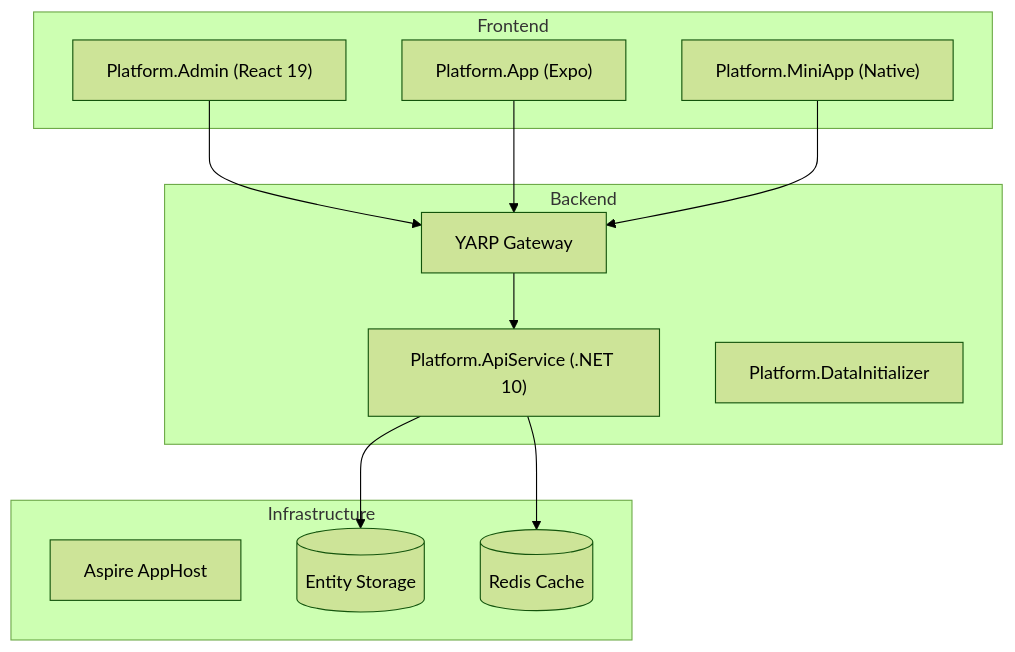
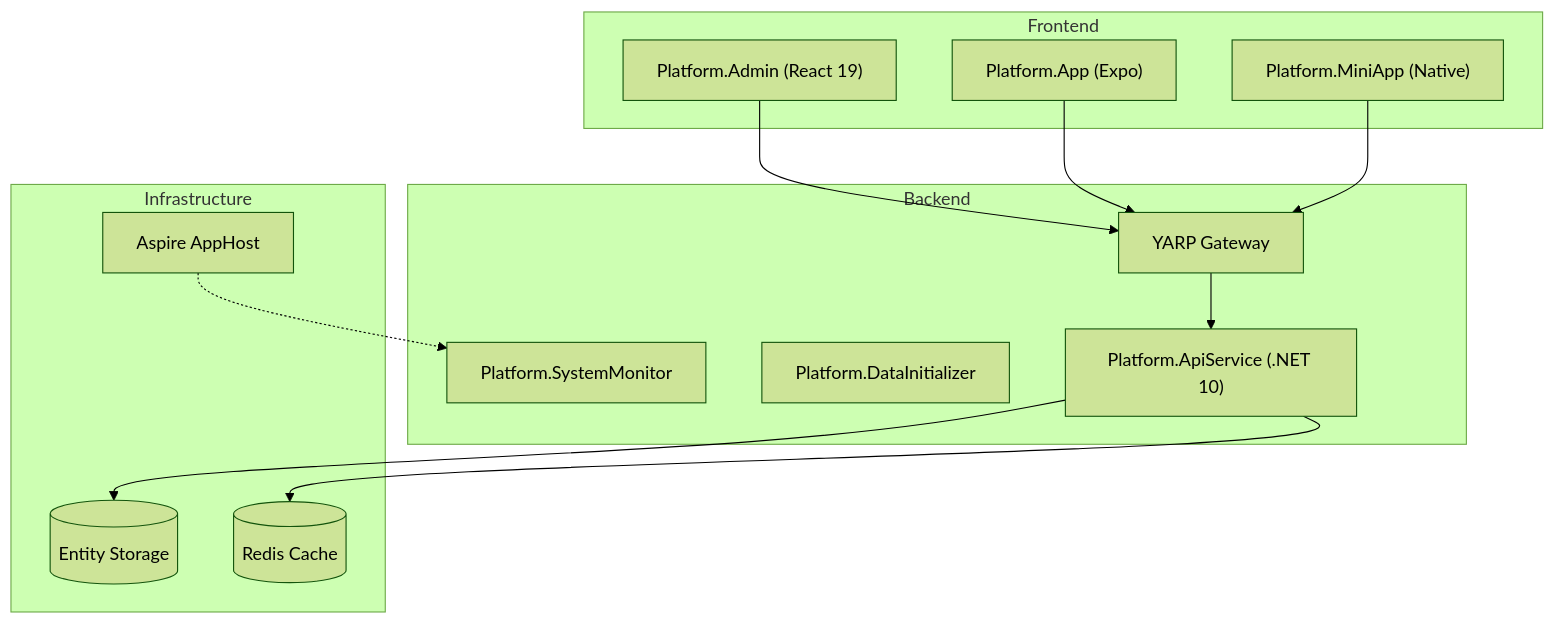
One commit to wjw1-Evan/aspire-admin changed the diagram in README.md. Above: the diagram before and after it, drawn with Mermaid (forest theme). The commit also changed other lines of this file, not shown here.

````diff
--- a/README.md
+++ b/README.md
@@ -55,24 +55,26 @@
 ```mermaid
 graph TD
     subgraph Frontend
         Admin["Platform.Admin (React 19)"]
         App["Platform.App (Expo)"]
         MiniApp["Platform.MiniApp (Native)"]
     end
     
     subgraph Backend
         Gateway["YARP Gateway"]
         ApiService["Platform.ApiService (.NET 10)"]
         DataInit["Platform.DataInitializer"]
+        SysMonitor["Platform.SystemMonitor"]
     end
     
     subgraph Infrastructure
         Aspire["Aspire AppHost"]
         DB[(Entity Storage)]
         Cache[(Redis Cache)]
     end
     
     Admin & App & MiniApp --> Gateway
     Gateway --> ApiService
     ApiService --> DB & Cache
+    Aspire -.-> SysMonitor
 ```
````
